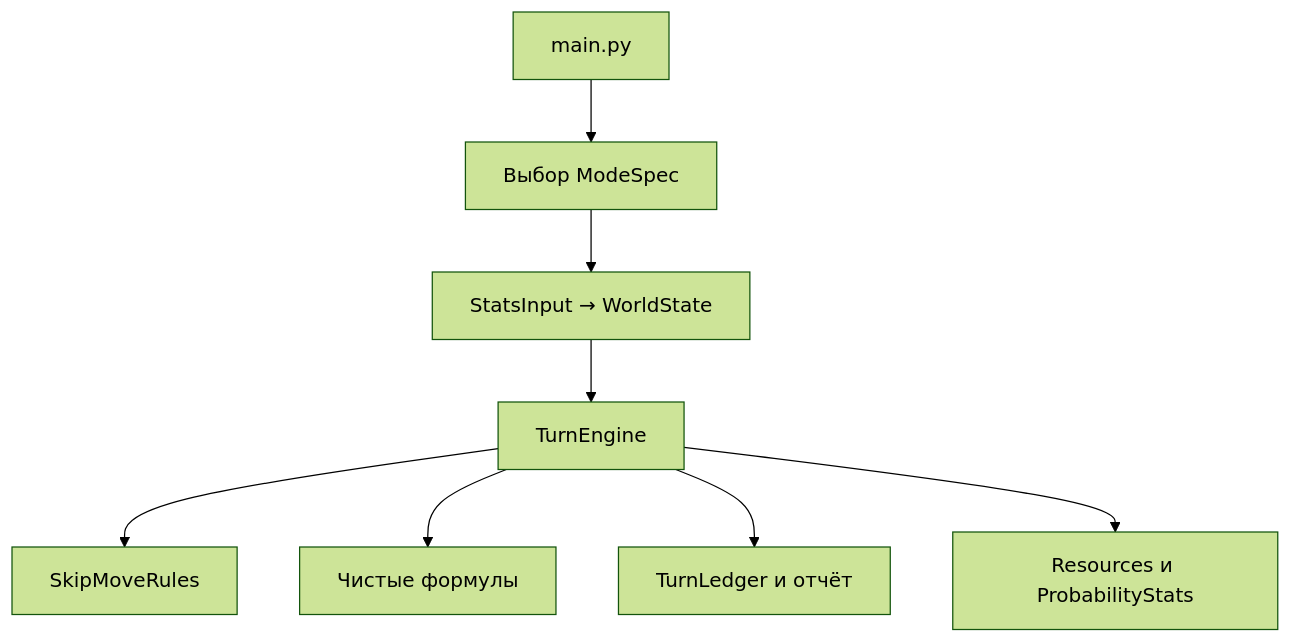
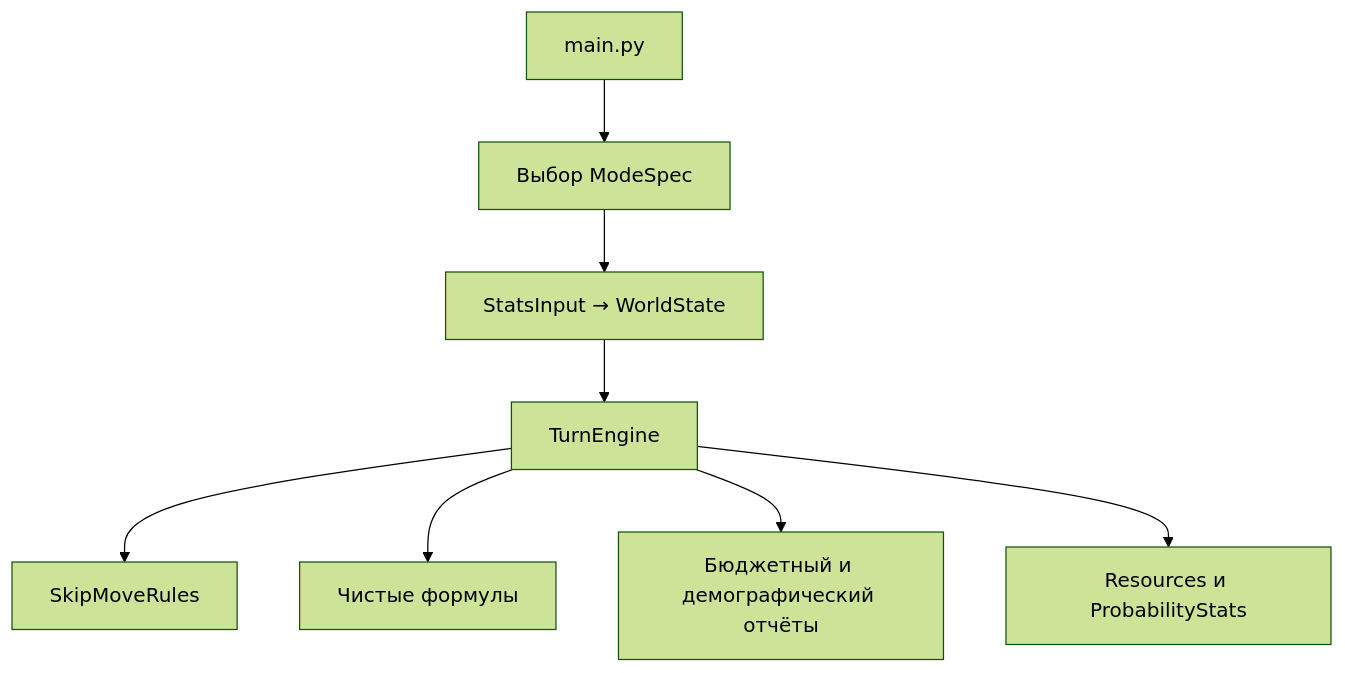
The diagram in ARCHITECTURE.md (Homeofdarkness/wpi), drawn with Mermaid (forest theme) before and after one commit. The commit also changed other lines of this file and 33 other files, not shown here.

````diff
--- a/ARCHITECTURE.md
+++ b/ARCHITECTURE.md
@@ -7,10 +7,10 @@
 ```mermaid
 flowchart TD
     A["main.py"] --> B["Выбор ModeSpec"]
     B --> C["StatsInput → WorldState"]
     C --> D["TurnEngine"]
     D --> E["SkipMoveRules"]
     D --> F["Чистые формулы"]
-    D --> G["TurnLedger и отчёт"]
+    D --> G["Бюджетный и демографический отчёты"]
     D --> H["Resources и ProbabilityStats"]
 ```
````
